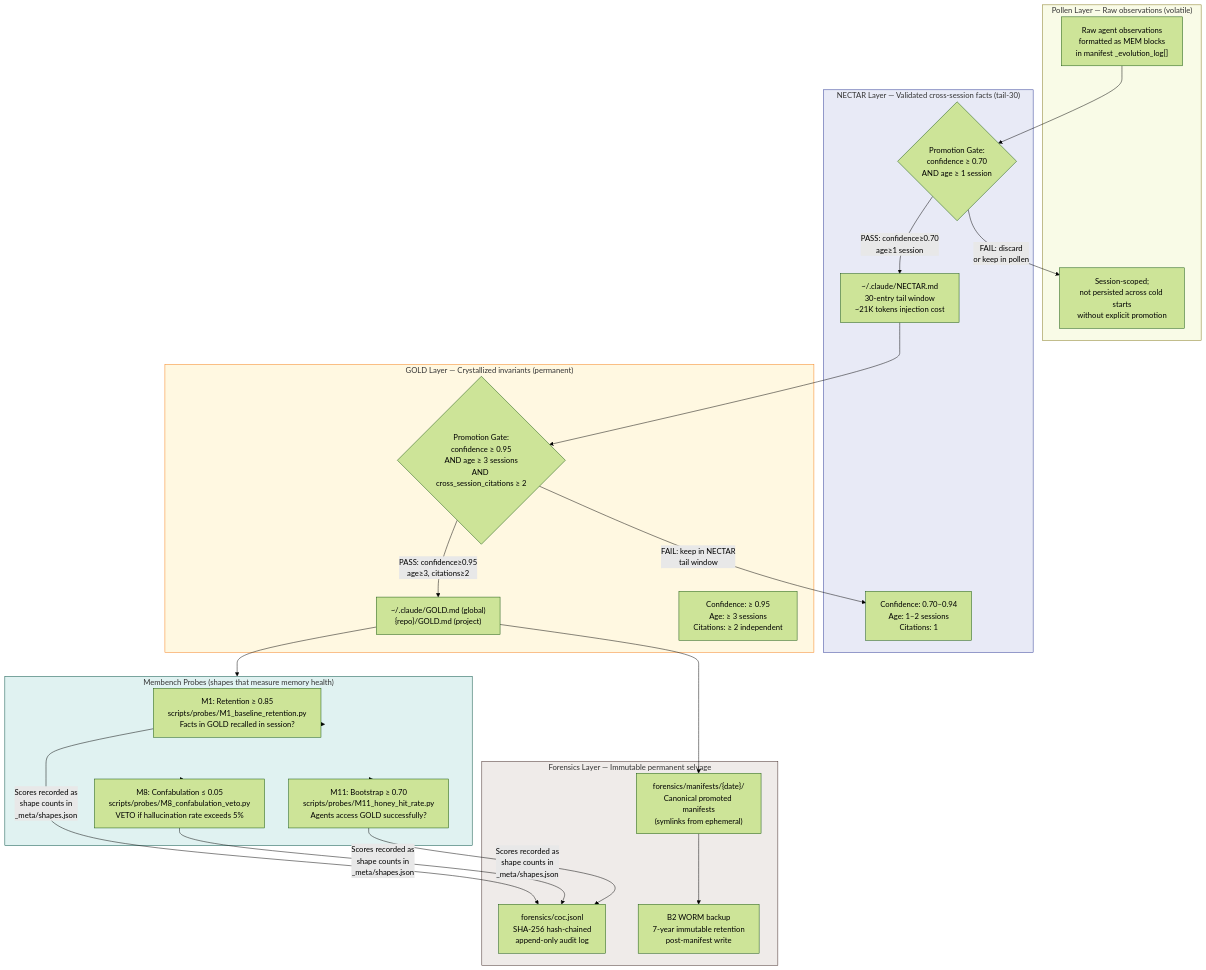
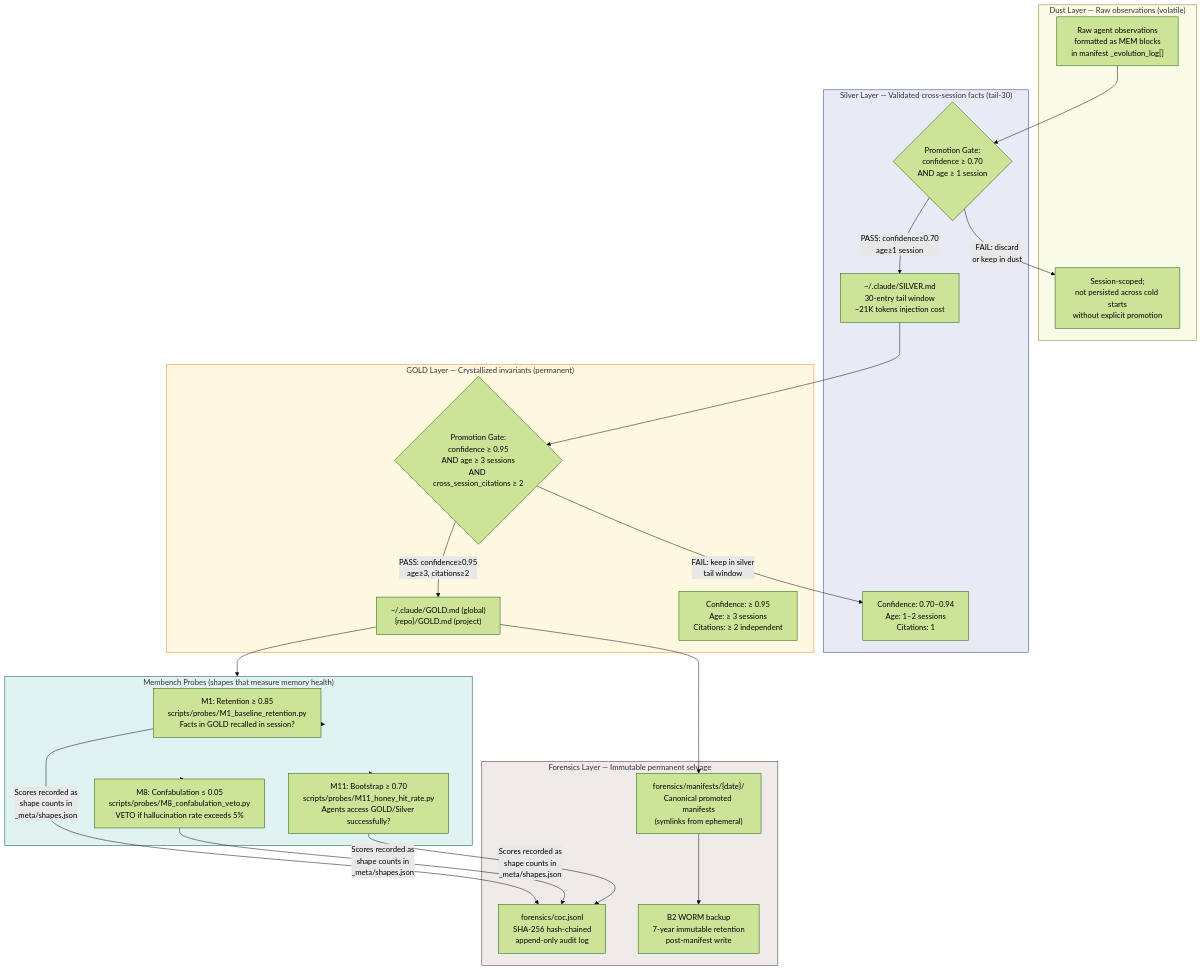
The second of 4 diagrams in 00-Patent/PATENT-APPLICATION-DRAFT.md (goodoleusa/faerie-vault-bkp), drawn with Mermaid (forest theme) before and after one commit. The commit also changed other lines of this file and 8 other files, not shown here.

First line of the commit message:
patent: sync vault mirror — forensic-backbone re-center + DB-vs-JSON + dust/silver + Rekor metrics

````diff
--- a/00-Patent/PATENT-APPLICATION-DRAFT.md
+++ b/00-Patent/PATENT-APPLICATION-DRAFT.md
@@ -177,49 +182,49 @@
 ```mermaid
 flowchart TD
-    subgraph POLLEN["Pollen Layer — Raw observations (volatile)"]
-        P1["Raw agent observations\nformatted as MEM blocks\nin manifest _evolution_log[]"]
-        P2["Session-scoped;\nnot persisted across cold starts\nwithout explicit promotion"]
+    subgraph DUST["Dust Layer — Raw observations (volatile)"]
+        D1["Raw agent observations\nformatted as MEM blocks\nin manifest _evolution_log[]"]
+        D2["Session-scoped;\nnot persisted across cold starts\nwithout explicit promotion"]
     end
 
-    subgraph NECTAR["NECTAR Layer — Validated cross-session facts (tail-30)"]
-        N1["~/.claude/NECTAR.md\n30-entry tail window\n~21K tokens injection cost"]
+    subgraph SILVER["Silver Layer — Validated cross-session facts (tail-30)"]
+        N1["~/.claude/SILVER.md\n30-entry tail window\n~21K tokens injection cost"]
         N2["Confidence: 0.70–0.94\nAge: 1–2 sessions\nCitations: 1"]
         NGATE{"Promotion Gate:\nconfidence ≥ 0.70\nAND age ≥ 1 session"}
     end
 
     subgraph GOLD["GOLD Layer — Crystallized invariants (permanent)"]
         H1["~/.claude/GOLD.md (global)\n{repo}/GOLD.md (project)"]
         H2["Confidence: ≥ 0.95\nAge: ≥ 3 sessions\nCitations: ≥ 2 independent"]
         HGATE{"Promotion Gate:\nconfidence ≥ 0.95\nAND age ≥ 3 sessions\nAND cross_session_citations ≥ 2"}
     end
 
     subgraph FORENSICS["Forensics Layer — Immutable permanent selvage"]
         F1["forensics/coc.jsonl\nSHA-256 hash-chained\nappend-only audit log"]
         F2["forensics/manifests/{date}/\nCanonical promoted manifests\n(symlinks from ephemeral)"]
         F3["B2 WORM backup\n7-year immutable retention\npost-manifest write"]
     end
 
     subgraph MEMBENCH["Membench Probes (shapes that measure memory health)"]
         M1["M1: Retention ≥ 0.85\nscripts/probes/M1_baseline_retention.py\nFacts in GOLD recalled in session?"]
         M8["M8: Confabulation ≤ 0.05\nscripts/probes/M8_confabulation_veto.py\nVETO if hallucination rate exceeds 5%"]
-        M11["M11: Bootstrap ≥ 0.70\nscripts/probes/M11_honey_hit_rate.py\nAgents access GOLD successfully?"]
+        M11["M11: Bootstrap ≥ 0.70\nscripts/probes/M11_honey_hit_rate.py\nAgents access GOLD/Silver successfully?"]
     end
 
-    P1 --> NGATE
+    D1 --> NGATE
     NGATE -->|"PASS: confidence≥0.70\nage≥1 session"| N1
-    NGATE -->|"FAIL: discard\nor keep in pollen"| P2
+    NGATE -->|"FAIL: discard\nor keep in dust"| D2
     N1 --> HGATE
     HGATE -->|"PASS: confidence≥0.95\nage≥3, citations≥2"| H1
-    HGATE -->|"FAIL: keep in NECTAR\ntail window"| N2
+    HGATE -->|"FAIL: keep in silver\ntail window"| N2
     H1 --> MEMBENCH
     MEMBENCH --> M1 & M8 & M11
     M1 & M8 & M11 -->|"Scores recorded as\nshape counts in\n_meta/shapes.json"| F1
     H1 --> F2
     F2 --> F3
 
-    style POLLEN fill:#f9fbe7,stroke:#827717
-    style NECTAR fill:#e8eaf6,stroke:#283593
+    style DUST fill:#f9fbe7,stroke:#827717
+    style SILVER fill:#e8eaf6,stroke:#283593
     style GOLD fill:#fff8e1,stroke:#f57f17
     style FORENSICS fill:#efebe9,stroke:#3e2723
     style MEMBENCH fill:#e0f2f1,stroke:#004d40
 ```
````
